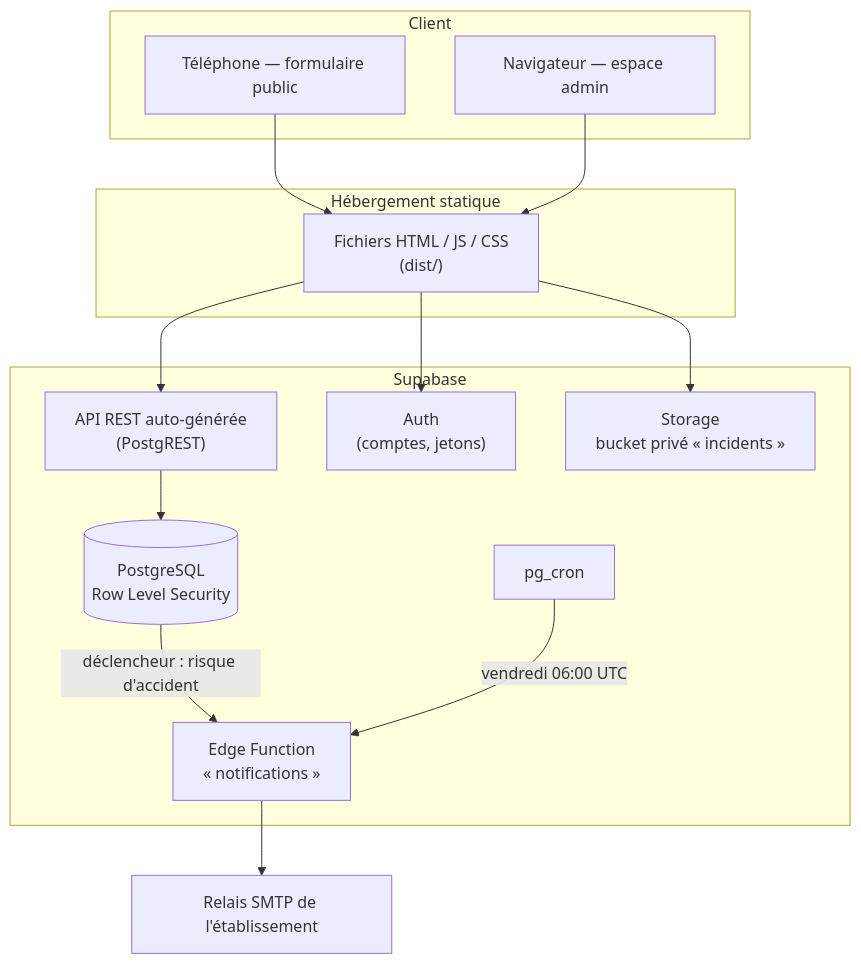
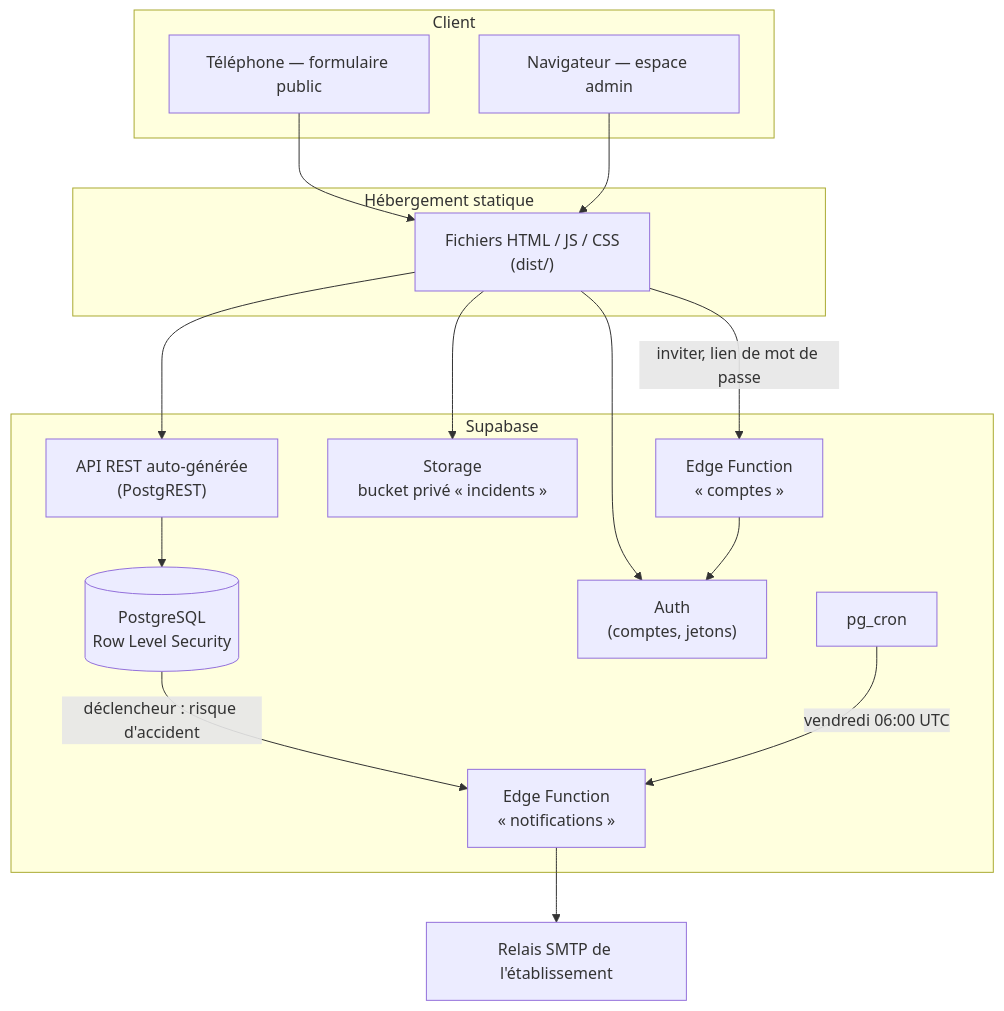
One commit to Orionis312050/cesihelpdesk changed the first of 4 diagrams in docs/02-architecture.md. Above: the diagram before and after it, drawn with Mermaid. The commit also changed 17 other files, not shown here.

````diff
--- a/docs/02-architecture.md
+++ b/docs/02-architecture.md
@@ -11,27 +11,30 @@
 ```mermaid
 flowchart TB
     subgraph Client
         P["Téléphone — formulaire public"]
         A["Navigateur — espace admin"]
     end
     subgraph Hebergement["Hébergement statique"]
         SPA["Fichiers HTML / JS / CSS<br/>(dist/)"]
     end
     subgraph Supabase
         API["API REST auto-générée<br/>(PostgREST)"]
         DB[("PostgreSQL<br/>Row Level Security")]
         AUTH["Auth<br/>(comptes, jetons)"]
         STO["Storage<br/>bucket privé « incidents »"]
         FN["Edge Function<br/>« notifications »"]
+        FNC["Edge Function<br/>« comptes »"]
         CRON["pg_cron"]
     end
     P --> SPA
     A --> SPA
     SPA --> API
     SPA --> AUTH
     SPA --> STO
+    SPA -- "inviter, lien de mot de passe" --> FNC
+    FNC --> AUTH
     API --> DB
     DB -- "déclencheur : risque d'accident" --> FN
     CRON -- "vendredi 06:00 UTC" --> FN
     FN --> SMTP["Relais SMTP de l'établissement"]
 ```
````
